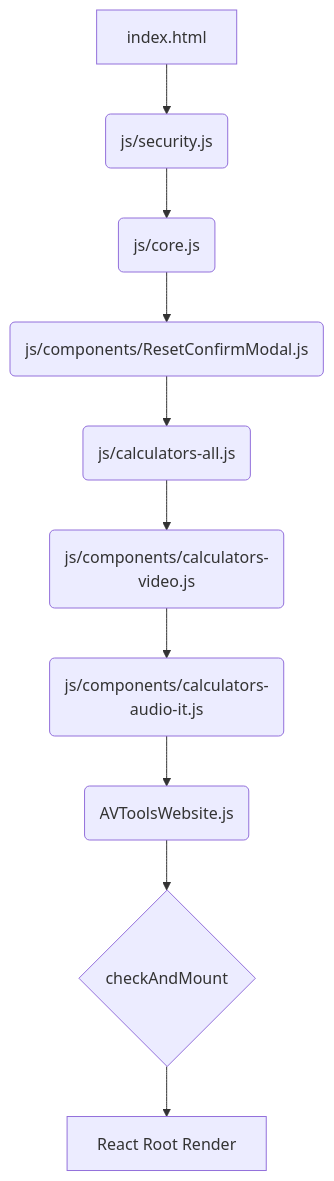
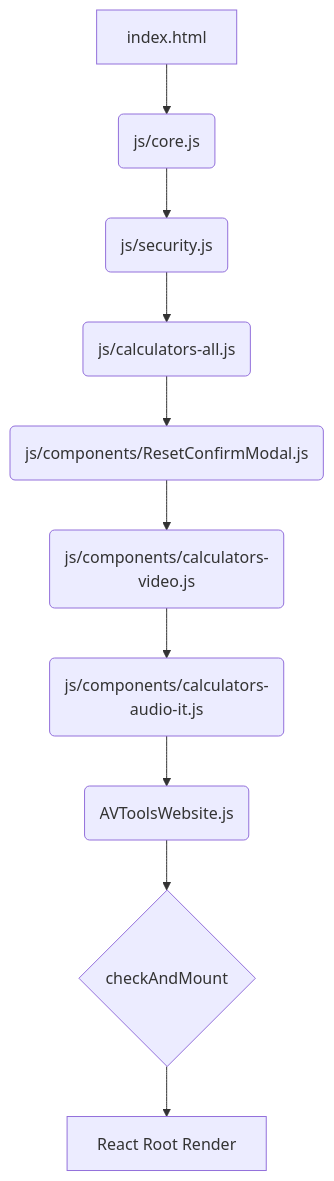
One commit to PURPLE-ORCA/RE-AVTOLS changed the diagram in docs/ARCHITECTURE.md. Above: the diagram before and after it, drawn with Mermaid. The commit also changed other lines of this file and 2 other files, not shown here.

````diff
--- a/docs/ARCHITECTURE.md
+++ b/docs/ARCHITECTURE.md
@@ -13,12 +13,12 @@
 ```mermaid
 graph TD
-    A[index.html] --> B(js/security.js)
-    B --> C(js/core.js)
-    C --> D(js/components/ResetConfirmModal.js)
-    D --> E(js/calculators-all.js)
+    A[index.html] --> B(js/core.js)
+    B --> C(js/security.js)
+    C --> D(js/calculators-all.js)
+    D --> E(js/components/ResetConfirmModal.js)
     E --> F(js/components/calculators-video.js)
     F --> G(js/components/calculators-audio-it.js)
     G --> H(AVToolsWebsite.js)
     H --> I{checkAndMount}
     I --> J[React Root Render]
 ```
````
